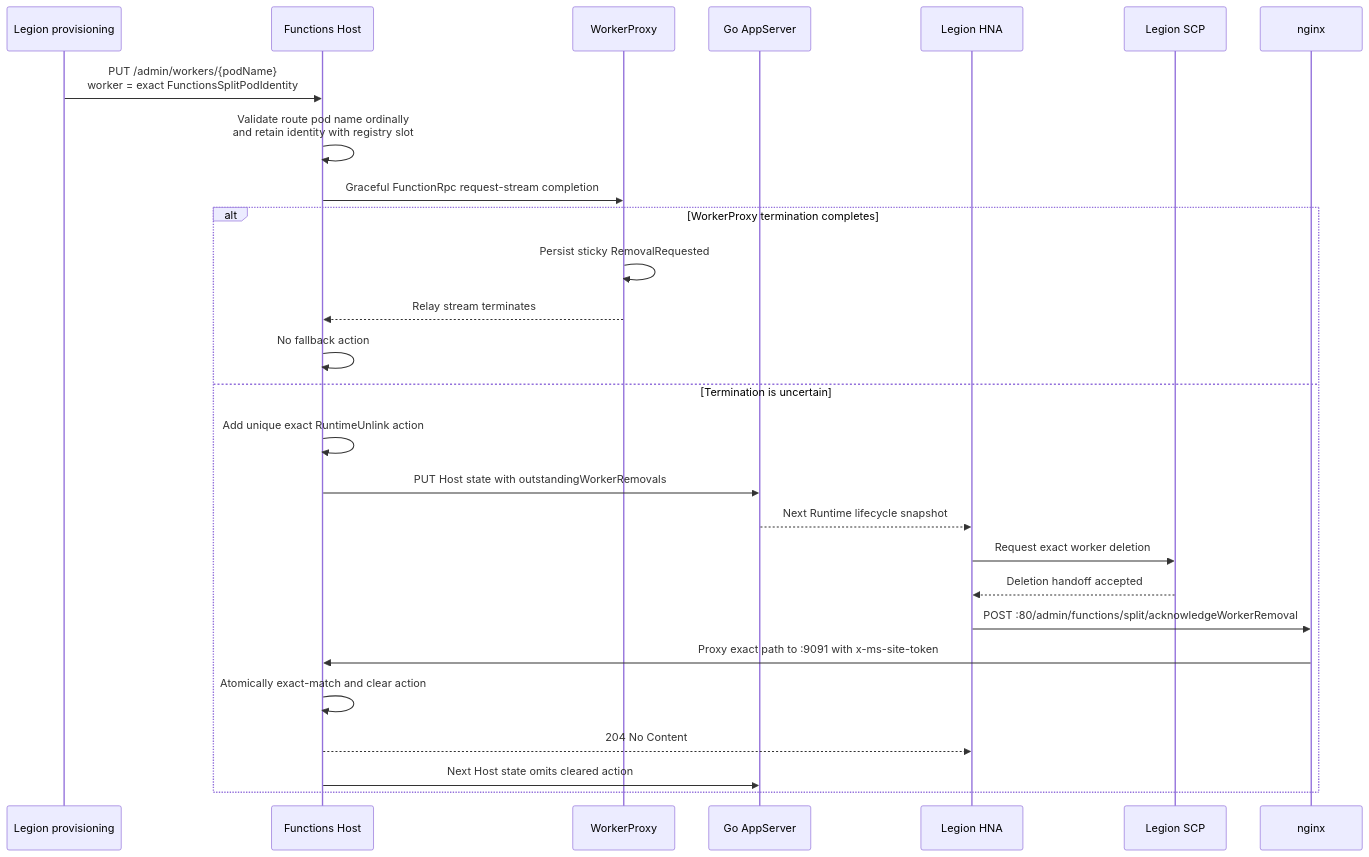
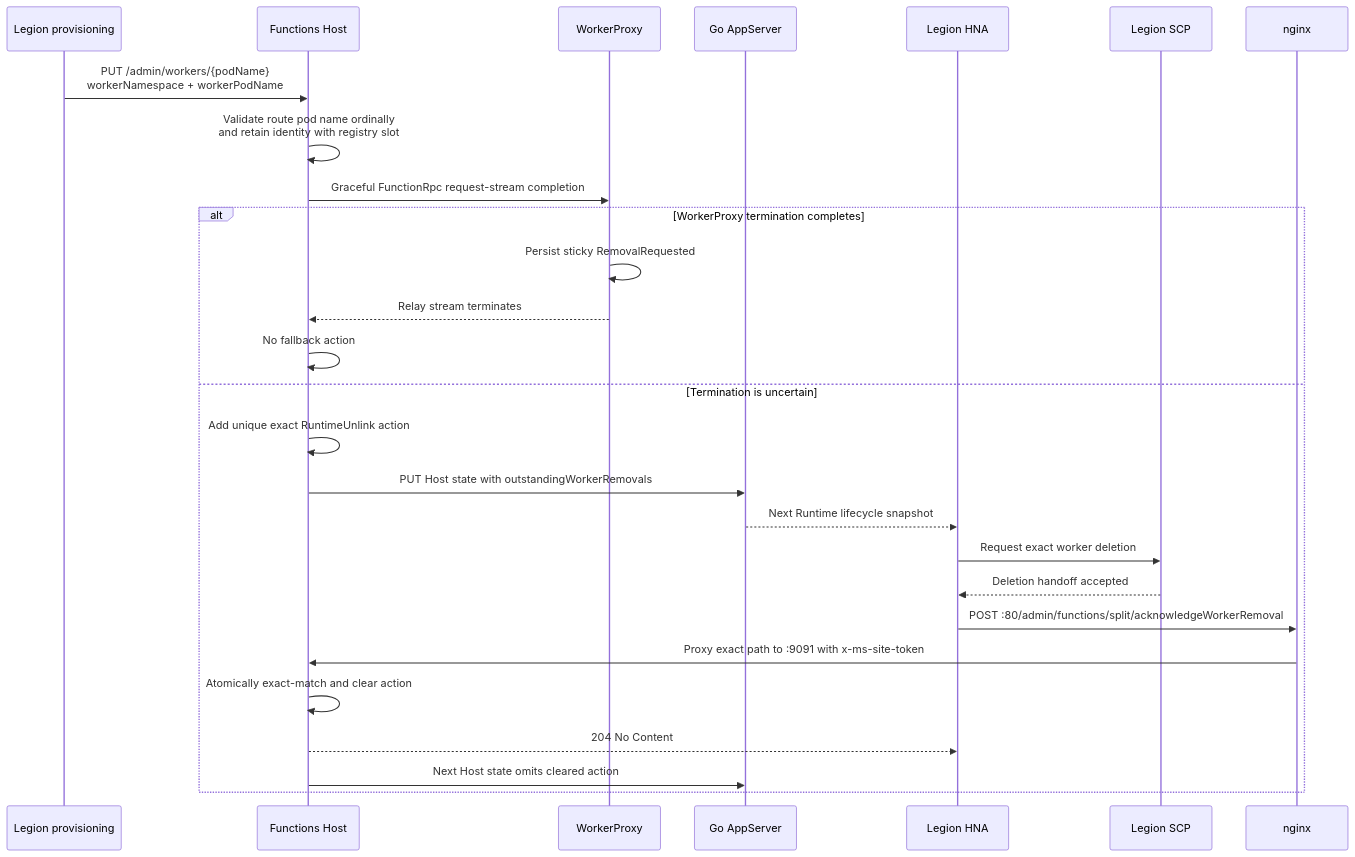
One commit to manikantanallagatla/azure-functions-host changed the first of 2 diagrams in tools/ComputeSeparation/byoc-runtime-worker-removal-fallback.md. Above: the diagram before and after it, drawn with Mermaid. The commit also changed other lines of this file and 23 other files, not shown here.

````diff
--- a/tools/ComputeSeparation/byoc-runtime-worker-removal-fallback.md
+++ b/tools/ComputeSeparation/byoc-runtime-worker-removal-fallback.md
@@ -35,30 +32,30 @@
 ```mermaid
 sequenceDiagram
     participant L as Legion provisioning
     participant H as Functions Host
     participant W as WorkerProxy
     participant G as Go AppServer
     participant HNA as Legion HNA
     participant SCP as Legion SCP
     participant N as nginx
 
-    L->>H: PUT /admin/workers/{podName}<br/>worker = exact FunctionsSplitPodIdentity
+    L->>H: PUT /admin/workers/{podName}<br/>workerNamespace + workerPodName
     H->>H: Validate route pod name ordinally<br/>and retain identity with registry slot
     H->>W: Graceful FunctionRpc request-stream completion
     alt WorkerProxy termination completes
         W->>W: Persist sticky RemovalRequested
         W-->>H: Relay stream terminates
         H->>H: No fallback action
     else Termination is uncertain
         H->>H: Add unique exact RuntimeUnlink action
         H->>G: PUT Host state with outstandingWorkerRemovals
         G-->>HNA: Next Runtime lifecycle snapshot
         HNA->>SCP: Request exact worker deletion
         SCP-->>HNA: Deletion handoff accepted
         HNA->>N: POST :80/admin/functions/split/acknowledgeWorkerRemoval
         N->>H: Proxy exact path to :9091 with x-ms-site-token
         H->>H: Atomically exact-match and clear action
         H-->>HNA: 204 No Content
         H->>G: Next Host state omits cleared action
     end
 ```
````
